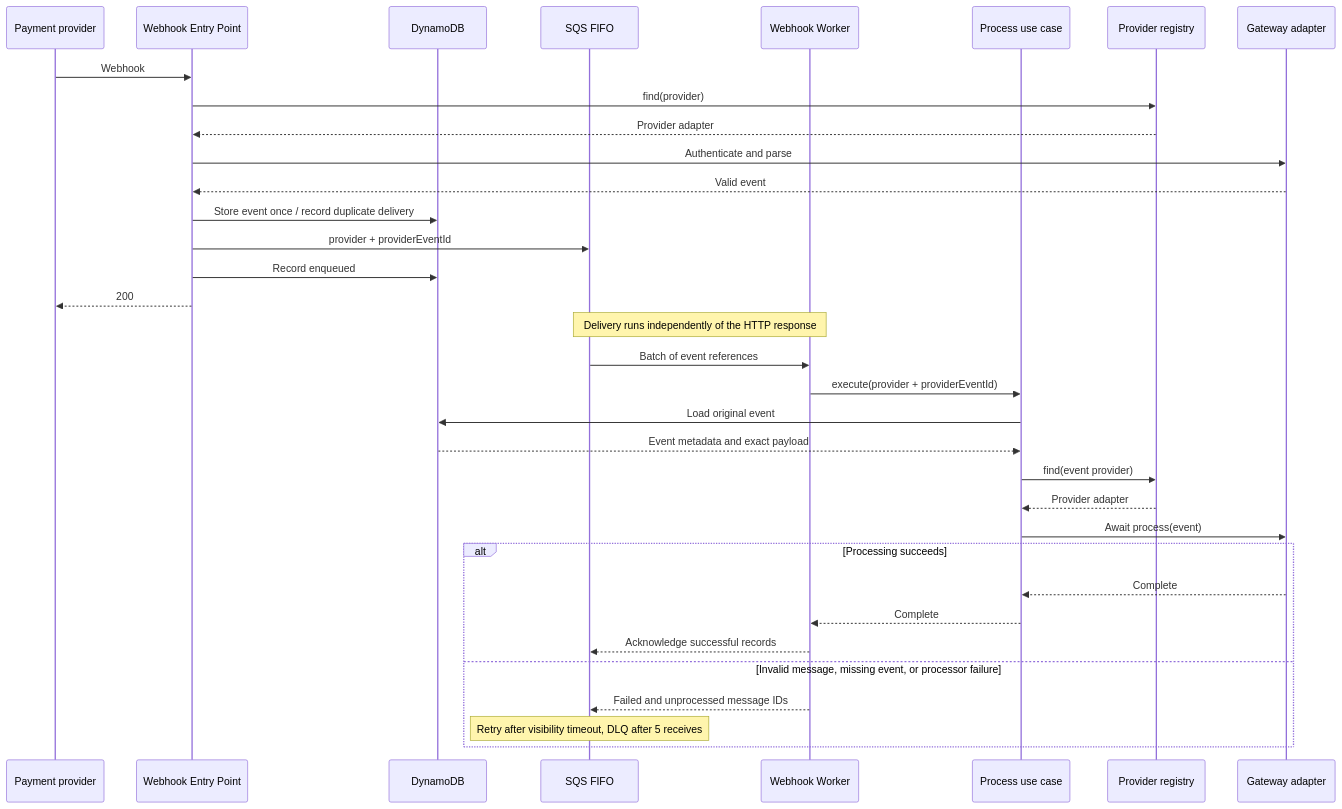
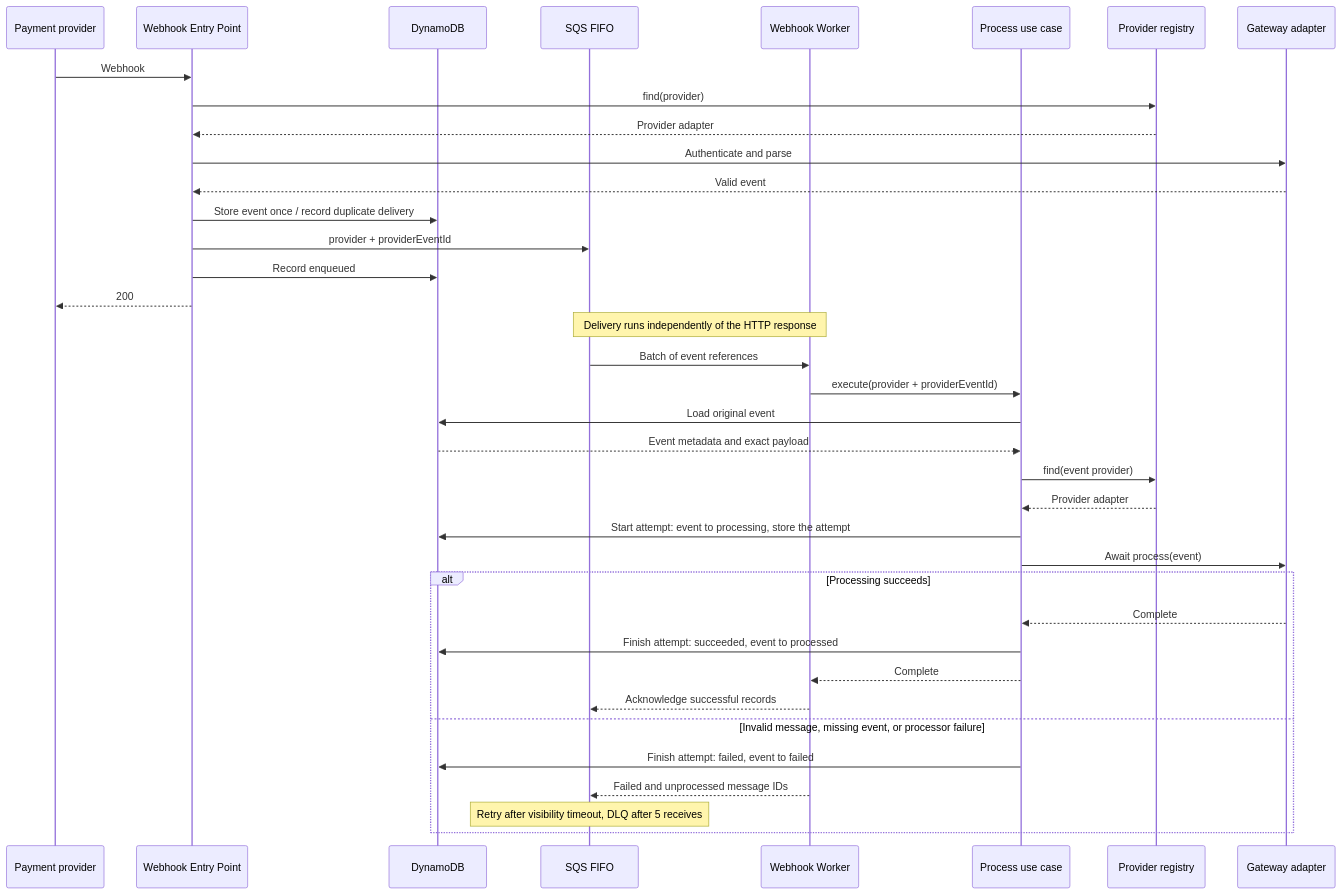
Before and after one commit to gabrielroriz/aws-resilient-payment-flow: the diagram in docs/architecture/webhook-processing.md, drawn with Mermaid. The commit also changed other lines of this file and 15 other files, not shown here.

First line of the commit message:
feat: record each webhook processing attempt

````diff
--- a/docs/architecture/webhook-processing.md
+++ b/docs/architecture/webhook-processing.md
@@ -7,36 +7,39 @@
 ```mermaid
 sequenceDiagram
     participant Provider as Payment provider
     participant Entry as Webhook Entry Point
     participant Store as DynamoDB
     participant Queue as SQS FIFO
     participant Worker as Webhook Worker
     participant Process as Process use case
     participant Registry as Provider registry
     participant Gateway as Gateway adapter
     Provider->>Entry: Webhook
     Entry->>Registry: find(provider)
     Registry-->>Entry: Provider adapter
     Entry->>Gateway: Authenticate and parse
     Gateway-->>Entry: Valid event
     Entry->>Store: Store event once / record duplicate delivery
     Entry->>Queue: provider + providerEventId
     Entry->>Store: Record enqueued
     Entry-->>Provider: 200
     Note over Queue,Worker: Delivery runs independently of the HTTP response
     Queue->>Worker: Batch of event references
     Worker->>Process: execute(provider + providerEventId)
     Process->>Store: Load original event
     Store-->>Process: Event metadata and exact payload
     Process->>Registry: find(event provider)
     Registry-->>Process: Provider adapter
+    Process->>Store: Start attempt: event to processing, store the attempt
     Process->>Gateway: Await process(event)
     alt Processing succeeds
         Gateway-->>Process: Complete
+        Process->>Store: Finish attempt: succeeded, event to processed
         Process-->>Worker: Complete
         Worker-->>Queue: Acknowledge successful records
     else Invalid message, missing event, or processor failure
+        Process->>Store: Finish attempt: failed, event to failed
         Worker-->>Queue: Failed and unprocessed message IDs
         Note over Queue: Retry after visibility timeout, DLQ after 5 receives
     end
 ```
````
